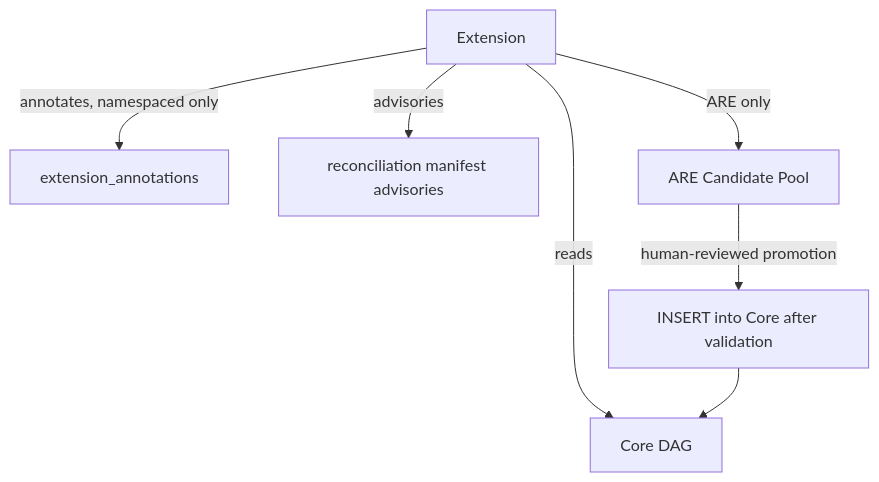
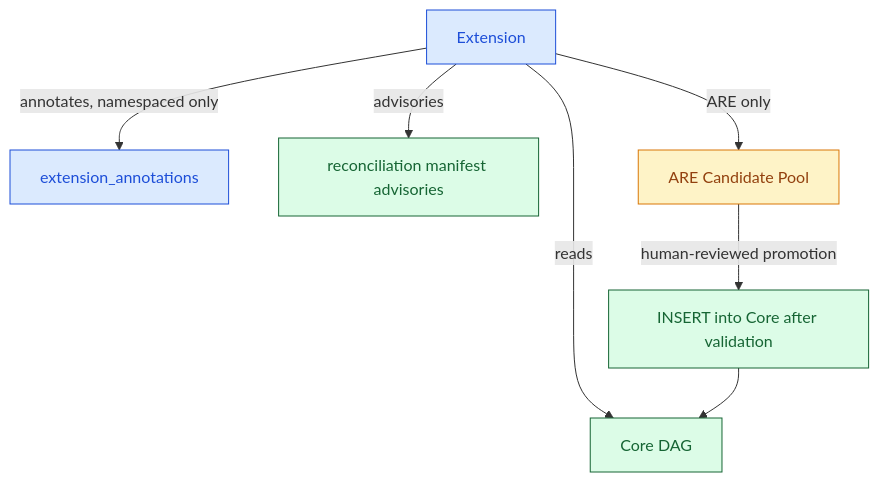
One commit to formosa/Antigravity changed diagram 24 of 28 in .agent/assets/proposals/active/v6.3/ddr_ref_manual_v6.3.md. Above: the diagram before and after it, drawn with Mermaid. The commit also changed other lines of this file, not shown here.

````diff
--- a/.agent/assets/proposals/active/v6.3/ddr_ref_manual_v6.3.md
+++ b/.agent/assets/proposals/active/v6.3/ddr_ref_manual_v6.3.md
@@ -832,16 +1469,23 @@
 ```mermaid
 flowchart TD
     Core["Core DAG"]
     Ext["Extension"]
     Ann["extension_annotations"]
     Manifest["reconciliation manifest advisories"]
     Pool["ARE Candidate Pool"]
     Insert["INSERT into Core after validation"]
 
     Ext -->|reads| Core
     Ext -->|annotates, namespaced only| Ann
     Ext -->|advisories| Manifest
     Ext -->|ARE only| Pool
     Pool -->|human-reviewed promotion| Insert
     Insert --> Core
+
+    classDef normative fill:#dcfce7,stroke:#166534,color:#166534;
+    classDef schema fill:#dbeafe,stroke:#1d4ed8,color:#1d4ed8;
+    classDef caution fill:#fef3c7,stroke:#d97706,color:#92400e;
+    class Core,Manifest,Insert normative;
+    class Ext,Ann schema;
+    class Pool caution;
 ```
````
